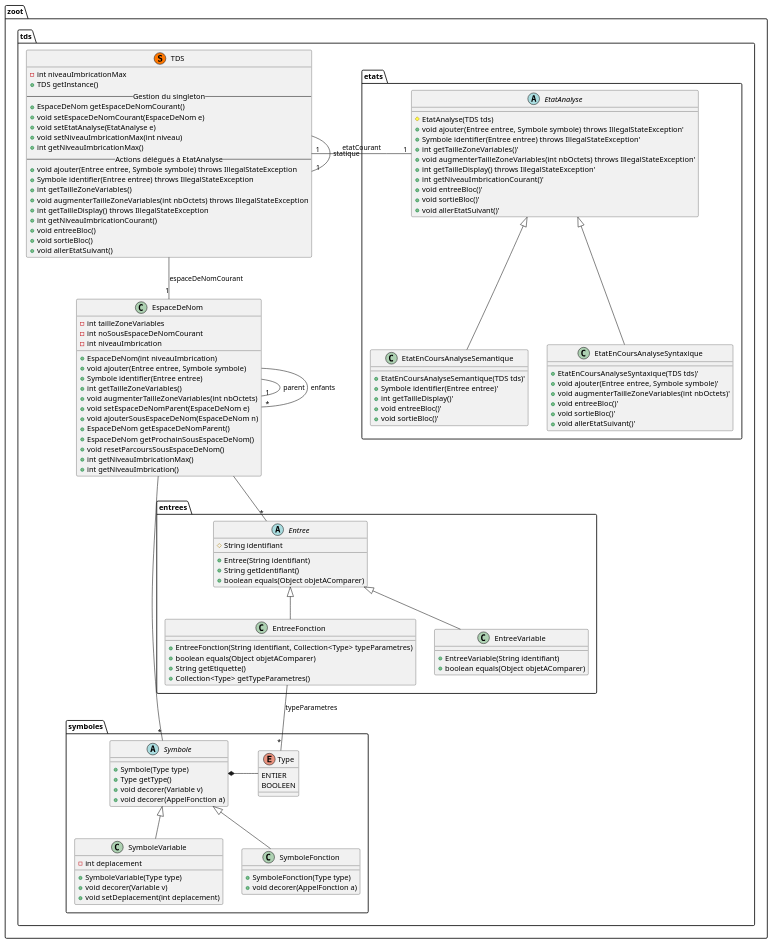
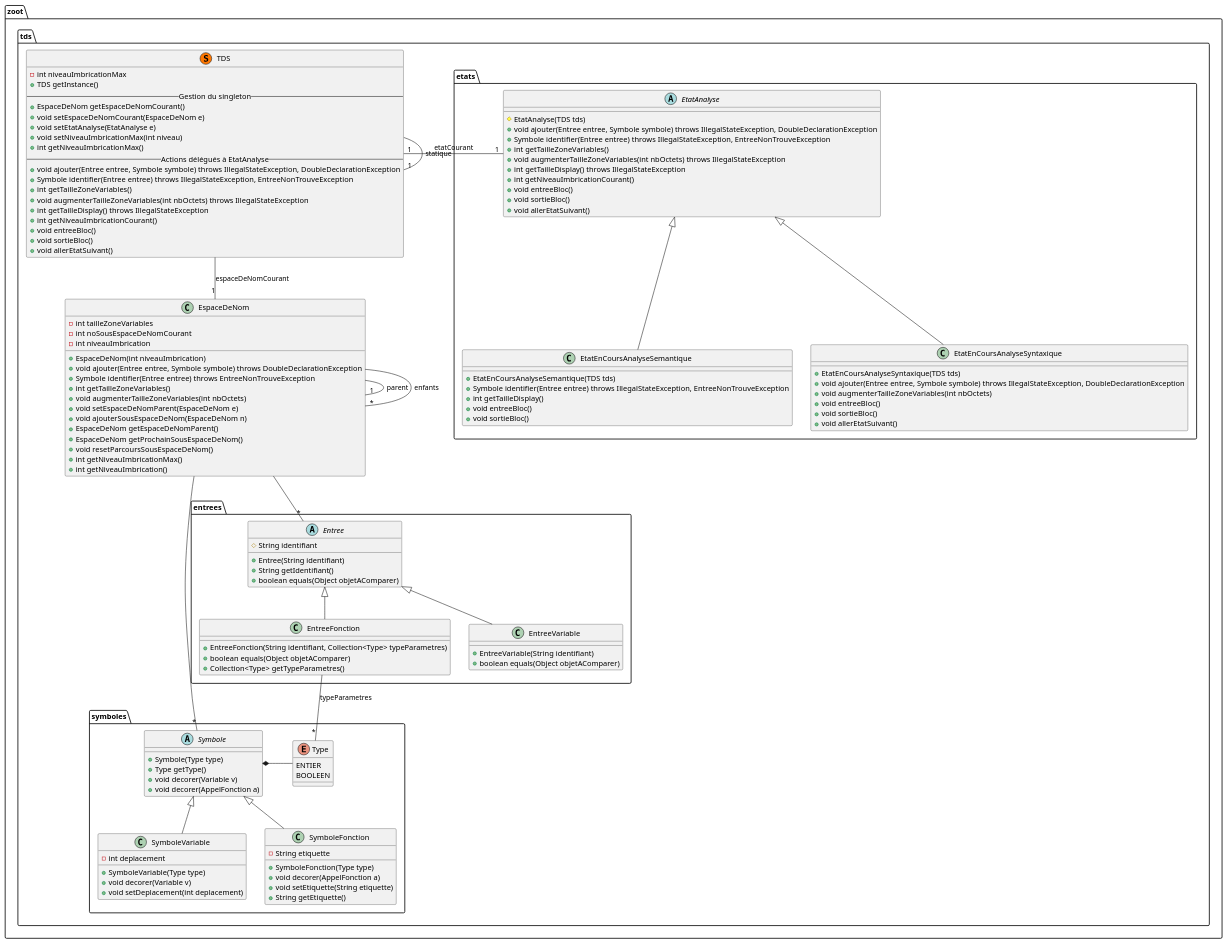
One commit to lmtb06/zoot changed the diagram in diagrammes/classe/tds.puml. Above: the diagram before and after it, drawn with PlantUML.

Commit message:
Modification du package tds du diagramme de classe.
# Détails :
 - Les types d'exceptions déclenchés par certaines fonctions de la TDS, de EtatAnalyse et de EspaceDeNom ont été mis en évidence
 - EntreeNonTrouveException remplace VariableNonDeclarerException pour les exceptions des fonctions d'identification
 - Les etiquettes ne sont plus stocké dans EntreeFonction mais dans SymboleFonction
 - Suppression des fonctions de gestion d'etiquette fonctions pour EntreeFonction
 - Ajout des fonctions de gestion d'etiquette fonctions pour SymboleFonction

```diff
--- a/diagrammes/classe/tds.puml
+++ b/diagrammes/classe/tds.puml
@@ -1,144 +1,146 @@
 @startuml "tds"
 
 namespace zoot.tds {
   ' Includes
 
   ' Classes
   class TDS << (S,#FF7700) >> {
     - int niveauImbricationMax
     + TDS getInstance()
     -- Gestion du singleton --
     + EspaceDeNom getEspaceDeNomCourant()
     + void setEspaceDeNomCourant(EspaceDeNom e)
     + void setEtatAnalyse(EtatAnalyse e)
     + void setNiveauImbricationMax(int niveau)
     + int getNiveauImbricationMax()
     -- Actions délégués à EtatAnalyse --
-    + void ajouter(Entree entree, Symbole symbole) throws IllegalStateException
-    + Symbole identifier(Entree entree) throws IllegalStateException
+    + void ajouter(Entree entree, Symbole symbole) throws IllegalStateException, DoubleDeclarationException
+    + Symbole identifier(Entree entree) throws IllegalStateException, EntreeNonTrouveException
     + int getTailleZoneVariables()
     + void augmenterTailleZoneVariables(int nbOctets) throws IllegalStateException
     + int getTailleDisplay() throws IllegalStateException
     + int getNiveauImbricationCourant()
     + void entreeBloc()
     + void sortieBloc()
     + void allerEtatSuivant()
   }
 
   class EspaceDeNom {
     - int tailleZoneVariables
     - int noSousEspaceDeNomCourant
     - int niveauImbrication
     + EspaceDeNom(int niveauImbrication)
-    + void ajouter(Entree entree, Symbole symbole)
-    + Symbole identifier(Entree entree)
+    + void ajouter(Entree entree, Symbole symbole) throws DoubleDeclarationException
+    + Symbole identifier(Entree entree) throws EntreeNonTrouveException
     + int getTailleZoneVariables()
     + void augmenterTailleZoneVariables(int nbOctets)
     + void setEspaceDeNomParent(EspaceDeNom e)
     + void ajouterSousEspaceDeNom(EspaceDeNom n)
     + EspaceDeNom getEspaceDeNomParent()
     + EspaceDeNom getProchainSousEspaceDeNom()
     + void resetParcoursSousEspaceDeNom()
     + int getNiveauImbricationMax()
     + int getNiveauImbrication()
   }
 
   namespace etats {
     abstract EtatAnalyse {
       # EtatAnalyse(TDS tds)
-      + void ajouter(Entree entree, Symbole symbole) throws IllegalStateException'
-      + Symbole identifier(Entree entree) throws IllegalStateException'
-      + int getTailleZoneVariables()'
-      + void augmenterTailleZoneVariables(int nbOctets) throws IllegalStateException'
-      + int getTailleDisplay() throws IllegalStateException'
-      + int getNiveauImbricationCourant()'
-      + void entreeBloc()'
-      + void sortieBloc()'
-      + void allerEtatSuivant()'
+      + void ajouter(Entree entree, Symbole symbole) throws IllegalStateException, DoubleDeclarationException
+      + Symbole identifier(Entree entree) throws IllegalStateException, EntreeNonTrouveException
+      + int getTailleZoneVariables()
+      + void augmenterTailleZoneVariables(int nbOctets) throws IllegalStateException
+      + int getTailleDisplay() throws IllegalStateException
+      + int getNiveauImbricationCourant()
+      + void entreeBloc()
+      + void sortieBloc()
+      + void allerEtatSuivant()
     }
 
     class EtatEnCoursAnalyseSyntaxique {
-      + EtatEnCoursAnalyseSyntaxique(TDS tds)'
-      + void ajouter(Entree entree, Symbole symbole)'
-      + void augmenterTailleZoneVariables(int nbOctets)'
-      + void entreeBloc()'
-      + void sortieBloc()'
-      + void allerEtatSuivant()'
+      + EtatEnCoursAnalyseSyntaxique(TDS tds)
+      + void ajouter(Entree entree, Symbole symbole) throws IllegalStateException, DoubleDeclarationException
+      + void augmenterTailleZoneVariables(int nbOctets)
+      + void entreeBloc()
+      + void sortieBloc()
+      + void allerEtatSuivant()
     }
 
     class EtatEnCoursAnalyseSemantique {
-      + EtatEnCoursAnalyseSemantique(TDS tds)'
-      + Symbole identifier(Entree entree)'
-      + int getTailleDisplay()'
-      + void entreeBloc()'
-      + void sortieBloc()'
+      + EtatEnCoursAnalyseSemantique(TDS tds)
+      + Symbole identifier(Entree entree) throws IllegalStateException, EntreeNonTrouveException
+      + int getTailleDisplay()
+      + void entreeBloc()
+      + void sortieBloc()
     }
   }
 
 
   namespace entrees {
     abstract class Entree {
       # String identifiant
       + Entree(String identifiant)
       + String getIdentifiant()
       + boolean equals(Object objetAComparer)
     }
 
     class EntreeVariable {
       + EntreeVariable(String identifiant)
       + boolean equals(Object objetAComparer)
     }
 
     class EntreeFonction {
       + EntreeFonction(String identifiant, Collection<Type> typeParametres)
       + boolean equals(Object objetAComparer)
-      + String getEtiquette()
       + Collection<Type> getTypeParametres()
     }
   }
 
   namespace symboles {
     abstract class Symbole {
       + Symbole(Type type)
       + Type getType()
       + void decorer(Variable v)
       + void decorer(AppelFonction a)
     }
 
     class SymboleVariable {
       - int deplacement
       + SymboleVariable(Type type)
       + void decorer(Variable v)
       + void setDeplacement(int deplacement)
     }
 
     class SymboleFonction {
+      - String etiquette
       + SymboleFonction(Type type)
       + void decorer(AppelFonction a)
+      + void setEtiquette(String etiquette)
+      + String getEtiquette()
     }
 
     enum Type {
       ENTIER
       BOOLEEN
     }
   }
 
   ' Relations entre les classes
   TDS --"1" TDS : statique
   TDS --"1" EspaceDeNom : espaceDeNomCourant
   TDS "1"-left-"1" EtatAnalyse : etatCourant
   EspaceDeNom --"*" Entree
   EspaceDeNom --"*" Symbole
   Symbole *-left- Type
   SymboleVariable -up-|> Symbole
   EntreeVariable -up-|> Entree
   SymboleFonction -up-|> Symbole
   EntreeFonction -up-|> Entree
   EntreeFonction --"*" Type : typeParametres
   EtatEnCoursAnalyseSemantique -up-|> EtatAnalyse
   EtatEnCoursAnalyseSyntaxique -up-|> EtatAnalyse
   EspaceDeNom --"1" EspaceDeNom : parent
   EspaceDeNom --"*" EspaceDeNom : enfants
 }
 
 @enduml
```
